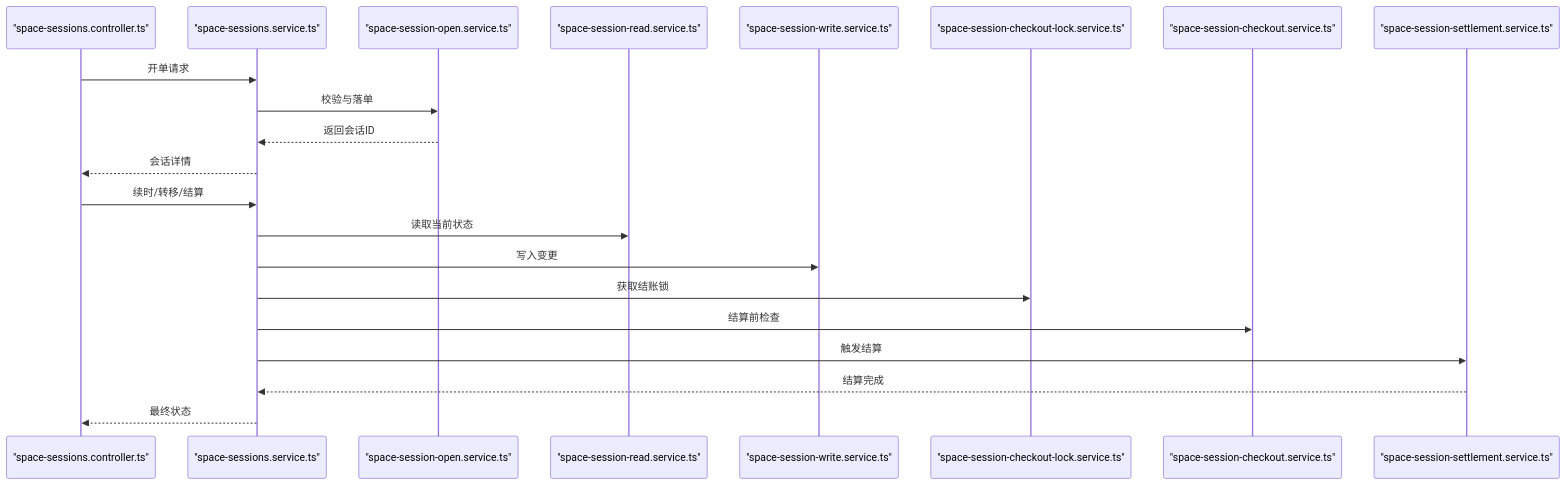
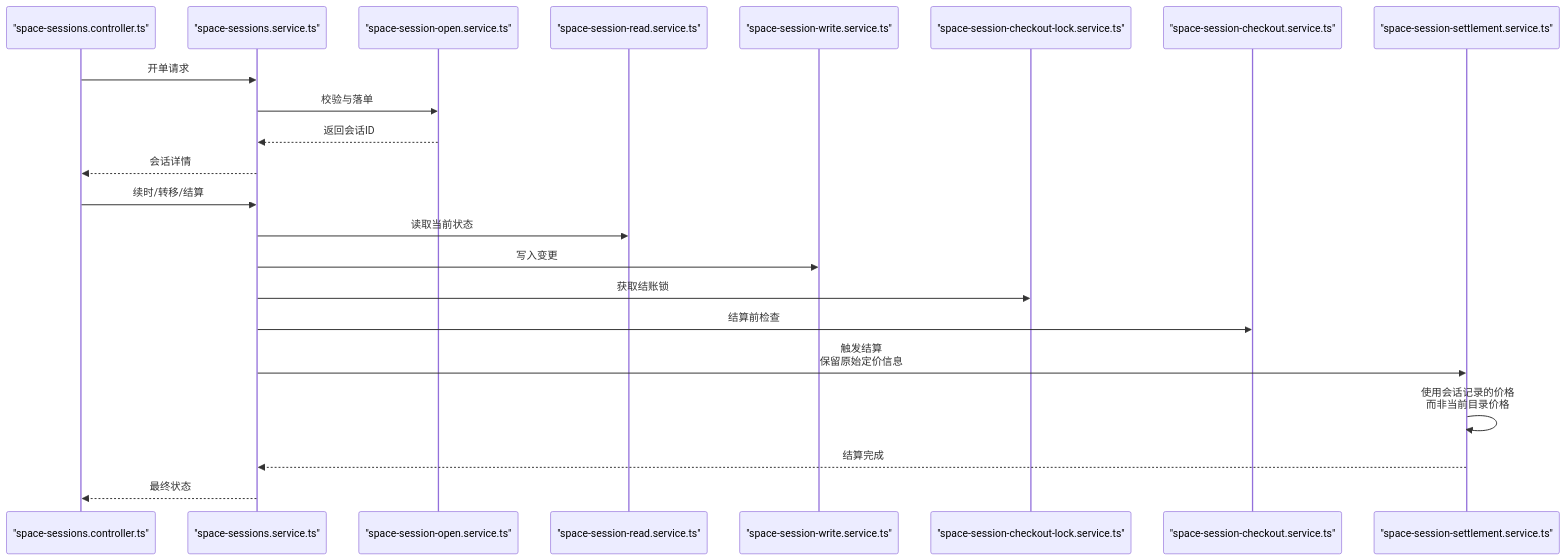
The fourth of 6 diagrams in .qoder/repowiki/zh/content/业务模块/运营管理模块/空间管理.md (rc558620/purelyprofit-server), drawn with Mermaid before and after one commit. The commit also changed other lines of this file and 65 other files, not shown here.

````diff
--- a/.qoder/repowiki/zh/content/业务模块/运营管理模块/空间管理.md
+++ b/.qoder/repowiki/zh/content/业务模块/运营管理模块/空间管理.md
@@ -351,23 +363,24 @@
 ```mermaid
 sequenceDiagram
 participant C as "space-sessions.controller.ts"
 participant S as "space-sessions.service.ts"
 participant O as "space-session-open.service.ts"
 participant R as "space-session-read.service.ts"
 participant W as "space-session-write.service.ts"
 participant L as "space-session-checkout-lock.service.ts"
 participant CO as "space-session-checkout.service.ts"
 participant SE as "space-session-settlement.service.ts"
 C->>S : 开单请求
 S->>O : 校验与落单
 O-->>S : 返回会话ID
 S-->>C : 会话详情
 C->>S : 续时/转移/结算
 S->>R : 读取当前状态
 S->>W : 写入变更
 S->>L : 获取结账锁
 S->>CO : 结算前检查
-S->>SE : 触发结算
+S->>SE : 触发结算<br/>保留原始定价信息
+SE->>SE : 使用会话记录的价格<br/>而非当前目录价格
 SE-->>S : 结算完成
 S-->>C : 最终状态
 ```
````
